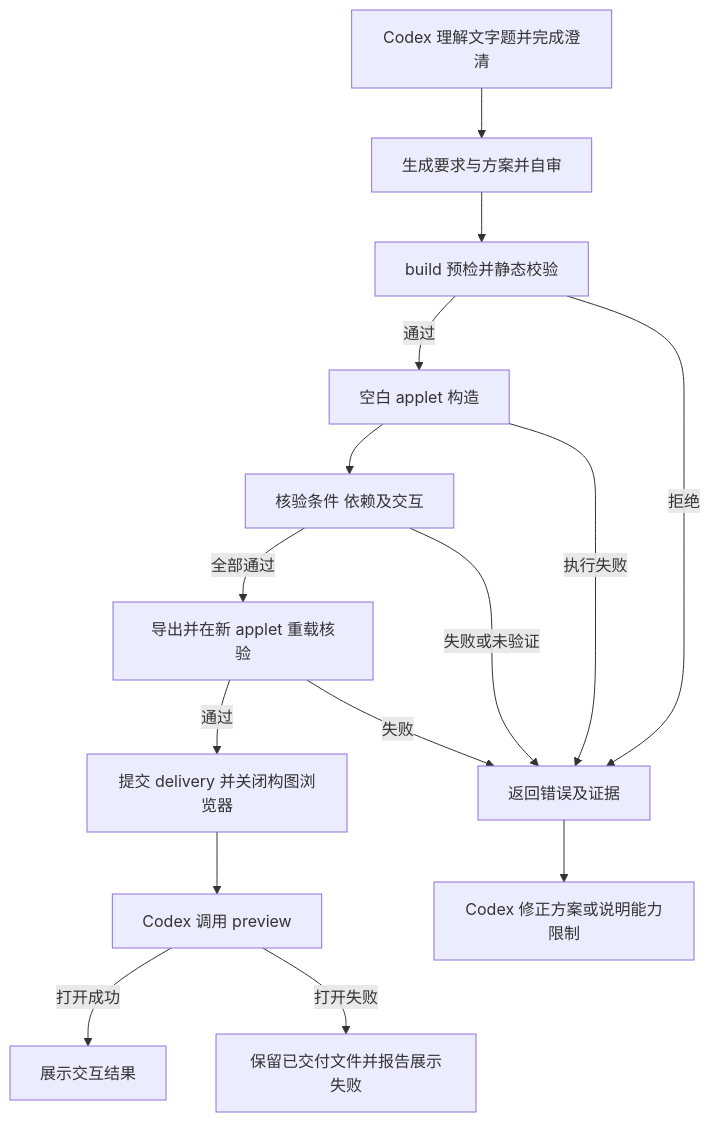
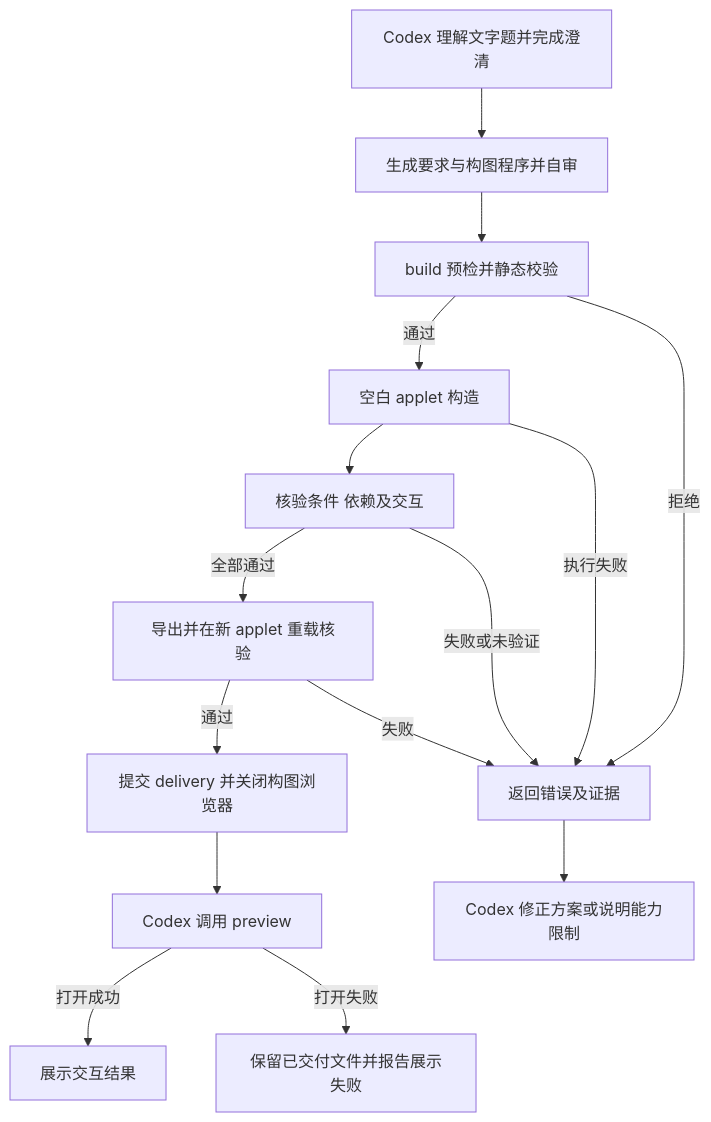
One commit to Jack7510/ggb-plugins changed the second of 3 diagrams in docs/ggb-plugins-design.md. Above: the diagram before and after it, drawn with Mermaid. The commit also changed other lines of this file and 3 other files, not shown here.

````diff
--- a/docs/ggb-plugins-design.md
+++ b/docs/ggb-plugins-design.md
@@ -168,17 +188,17 @@
 ```mermaid
 flowchart TD
-  A[Codex 理解文字题并完成澄清] --> B[生成要求与方案并自审]
+  A[Codex 理解文字题并完成澄清] --> B[生成要求与构图程序并自审]
   B --> C[build 预检并静态校验]
   C -->|通过| D[空白 applet 构造]
   C -->|拒绝| F[返回错误及证据]
   D --> E[核验条件 依赖及交互]
   D -->|执行失败| F
   E -->|失败或未验证| F
   E -->|全部通过| G[导出并在新 applet 重载核验]
   G -->|失败| F
   G -->|通过| H[提交 delivery 并关闭构图浏览器]
   H --> I[Codex 调用 preview]
   I -->|打开成功| J[展示交互结果]
   I -->|打开失败| K[保留已交付文件并报告展示失败]
   F --> L[Codex 修正方案或说明能力限制]
 ```
````
